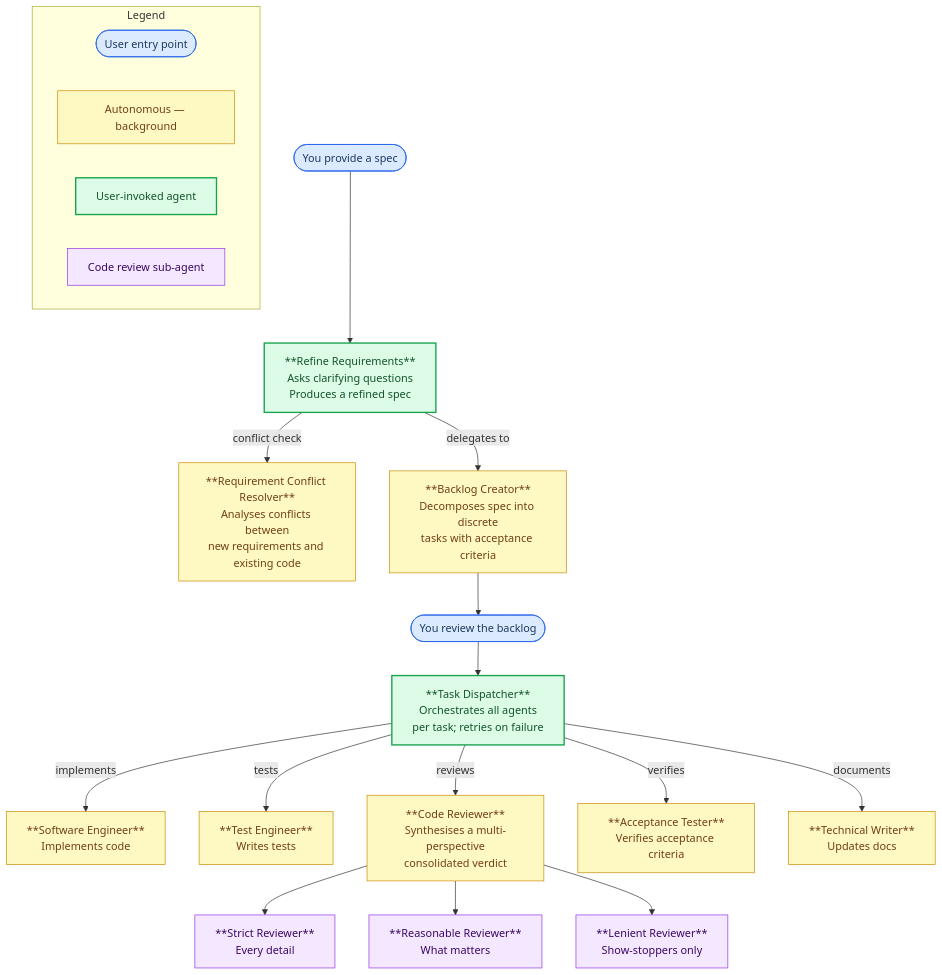
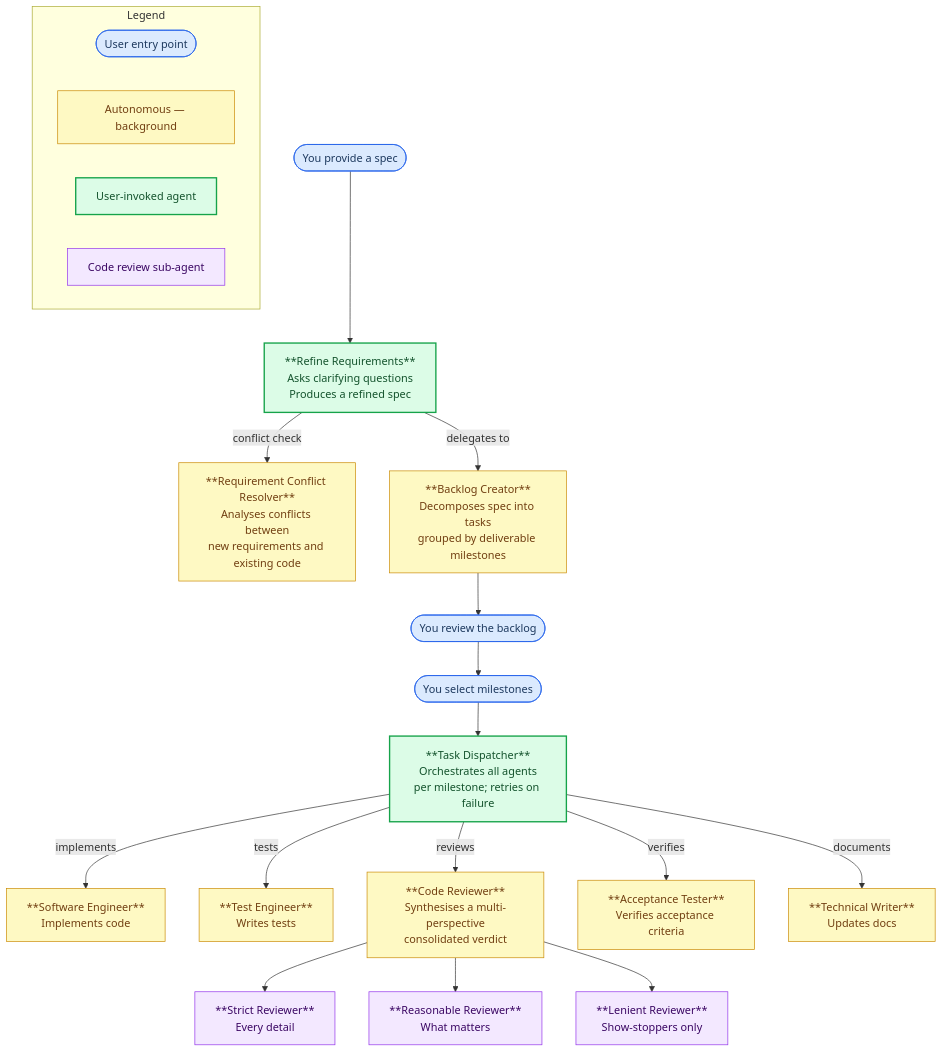
Before and after one commit to steveofficer/squadron: the diagram in README.md, drawn with Mermaid. The commit also changed other lines of this file and 7 other files, not shown here.

Commit message:
Added support for backlog milestones

````diff
--- a/README.md
+++ b/README.md
@@ -32,46 +32,47 @@
 ```mermaid
 flowchart TD
     U1(["You provide a spec"]):::user
     U2(["You review the backlog"]):::user
-
+    U3(["You select milestones"]):::user
     RR["**Refine Requirements**<br/>Asks clarifying questions<br/>Produces a refined spec"]:::entrypoint
     RCR["**Requirement Conflict Resolver**<br/>Analyses conflicts between<br/>new requirements and existing code"]:::autonomous
-    BC["**Backlog Creator**<br/>Decomposes spec into discrete<br/>tasks with acceptance criteria"]:::autonomous
-    DISP["**Task Dispatcher**<br/>Orchestrates all agents<br/>per task; retries on failure"]:::entrypoint
+    BC["**Backlog Creator**<br/>Decomposes spec into tasks<br/>grouped by deliverable milestones"]:::autonomous
+    DISP["**Task Dispatcher**<br/>Orchestrates all agents<br/>per milestone; retries on failure"]:::entrypoint
 
     BE["**Software Engineer**<br/>Implements code"]:::autonomous
     TE["**Test Engineer**<br/>Writes tests"]:::autonomous
     CR["**Code Reviewer**<br/>Synthesises a multi-perspective<br/>consolidated verdict"]:::autonomous
     AT["**Acceptance Tester**<br/>Verifies acceptance criteria"]:::autonomous
     TW["**Technical Writer**<br/>Updates docs"]:::autonomous
 
     SR["**Strict Reviewer**<br/>Every detail"]:::subreview
     RRev["**Reasonable Reviewer**<br/>What matters"]:::subreview
     LR["**Lenient Reviewer**<br/>Show-stoppers only"]:::subreview
 
     U1         --> RR
     RR         -- "delegates to" --> BC
     RR         -- "conflict check" --> RCR
     BC         --> U2
-    U2         --> DISP
+    U2         --> U3
+    U3         --> DISP
     DISP       -- "implements"   --> BE
     DISP       -- "tests"        --> TE
     DISP       -- "reviews"      --> CR
     DISP       -- "verifies"     --> AT
     DISP       -- "documents"    --> TW
     CR         --> SR
     CR         --> RRev
     CR         --> LR
 
     subgraph legend["Legend"]
         L1(["User entry point"]):::user
         L2["Autonomous — background"]:::autonomous
         L3["User-invoked agent"]:::entrypoint
         L4["Code review sub-agent"]:::subreview
     end
 
     classDef user       fill:#dbeafe,stroke:#2563eb,color:#1e3a5f
     classDef entrypoint fill:#dcfce7,stroke:#16a34a,color:#14532d,stroke-width:2px
     classDef autonomous fill:#fef9c3,stroke:#ca8a04,color:#713f12
     classDef subreview  fill:#f3e8ff,stroke:#9333ea,color:#3b0764
 ```
````
